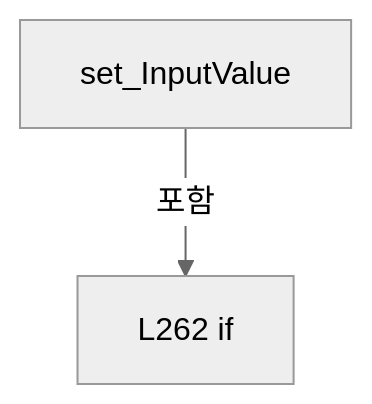
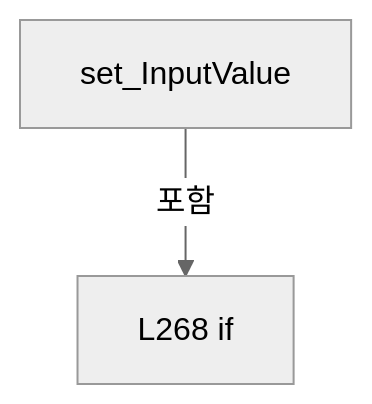
The seventh of 10 diagrams in A3 LD Code Ref/files/Drilling.UI/Popup/CMelsecStageSimulationDialog.xaml.cs.md (kjuws10-rgb/Shared), drawn with Mermaid (neutral theme) before and after one commit. The commit also changed other lines of this file and 8055 other files, not shown here.

Commit message:
docs(a3): trace Stage Glass Data and refresh architecture and full code reference

````diff
--- a/A3 LD Code Ref/files/Drilling.UI/Popup/CMelsecStageSimulationDialog.xaml.cs.md
+++ b/A3 LD Code Ref/files/Drilling.UI/Popup/CMelsecStageSimulationDialog.xaml.cs.md
@@ -1873,6 +1938,6 @@
 ```mermaid
 flowchart TD
  M["set_InputValue"]
- N0["L262 if"]
+ N0["L268 if"]
  M -->|포함| N0
 ```
````
